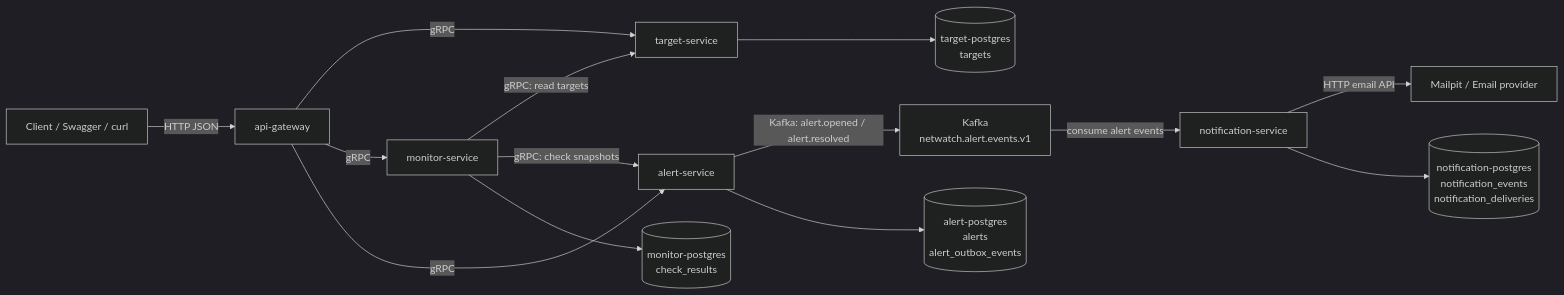
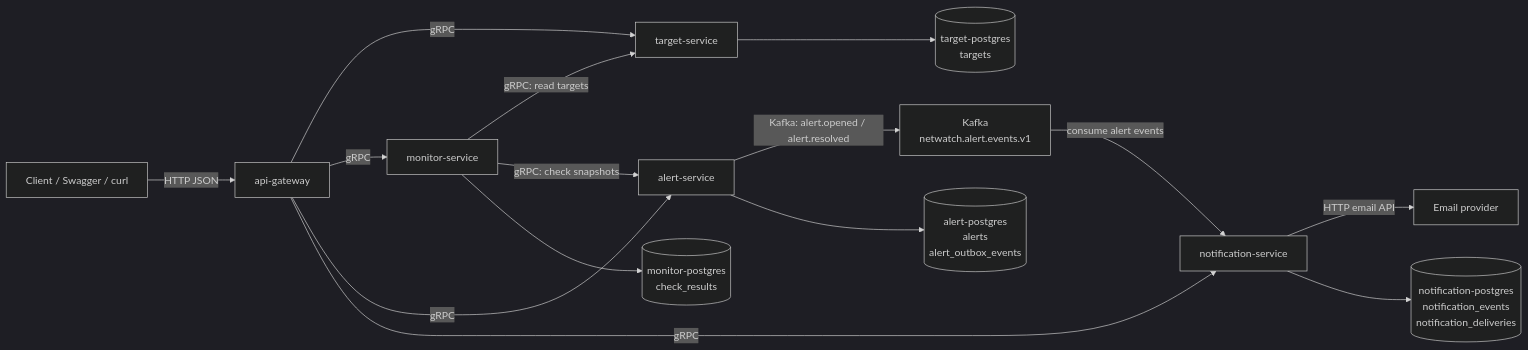
One commit to arthast/NetWatch changed the first of 2 diagrams in README.md. Above: the diagram before and after it, drawn with Mermaid (dark theme). The commit also changed other lines of this file, not shown here.

````diff
--- a/README.md
+++ b/README.md
@@ -47,19 +44,20 @@
 ```mermaid
 flowchart LR
     client["Client / Swagger / curl"] -->|HTTP JSON| gateway["api-gateway"]
 
     gateway -->|gRPC| target["target-service"]
     gateway -->|gRPC| monitor["monitor-service"]
     gateway -->|gRPC| alert["alert-service"]
 
     monitor -->|gRPC: read targets| target
     monitor -->|gRPC: check snapshots| alert
     alert -->|Kafka: alert.opened / alert.resolved| kafka["Kafka<br/>netwatch.alert.events.v1"]
     kafka -->|consume alert events| notification["notification-service"]
-    notification -->|HTTP email API| email["Mailpit / Email provider"]
+    gateway -->|gRPC| notification
+    notification -->|HTTP email API| email["Email provider"]
 
     target --> target_db[("target-postgres<br/>targets")]
     monitor --> monitor_db[("monitor-postgres<br/>check_results")]
     alert --> alert_db[("alert-postgres<br/>alerts<br/>alert_outbox_events")]
     notification --> notification_db[("notification-postgres<br/>notification_events<br/>notification_deliveries")]
 ```
````
